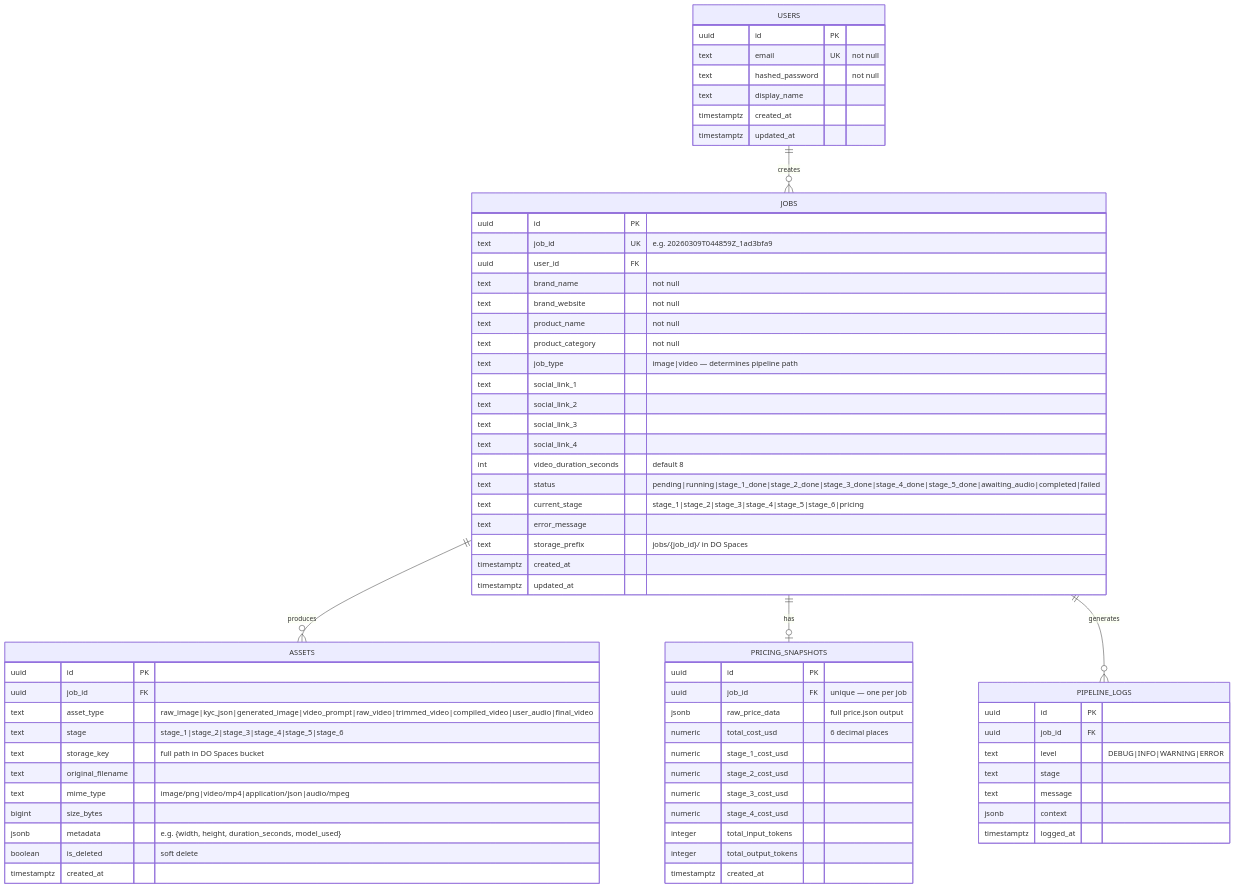
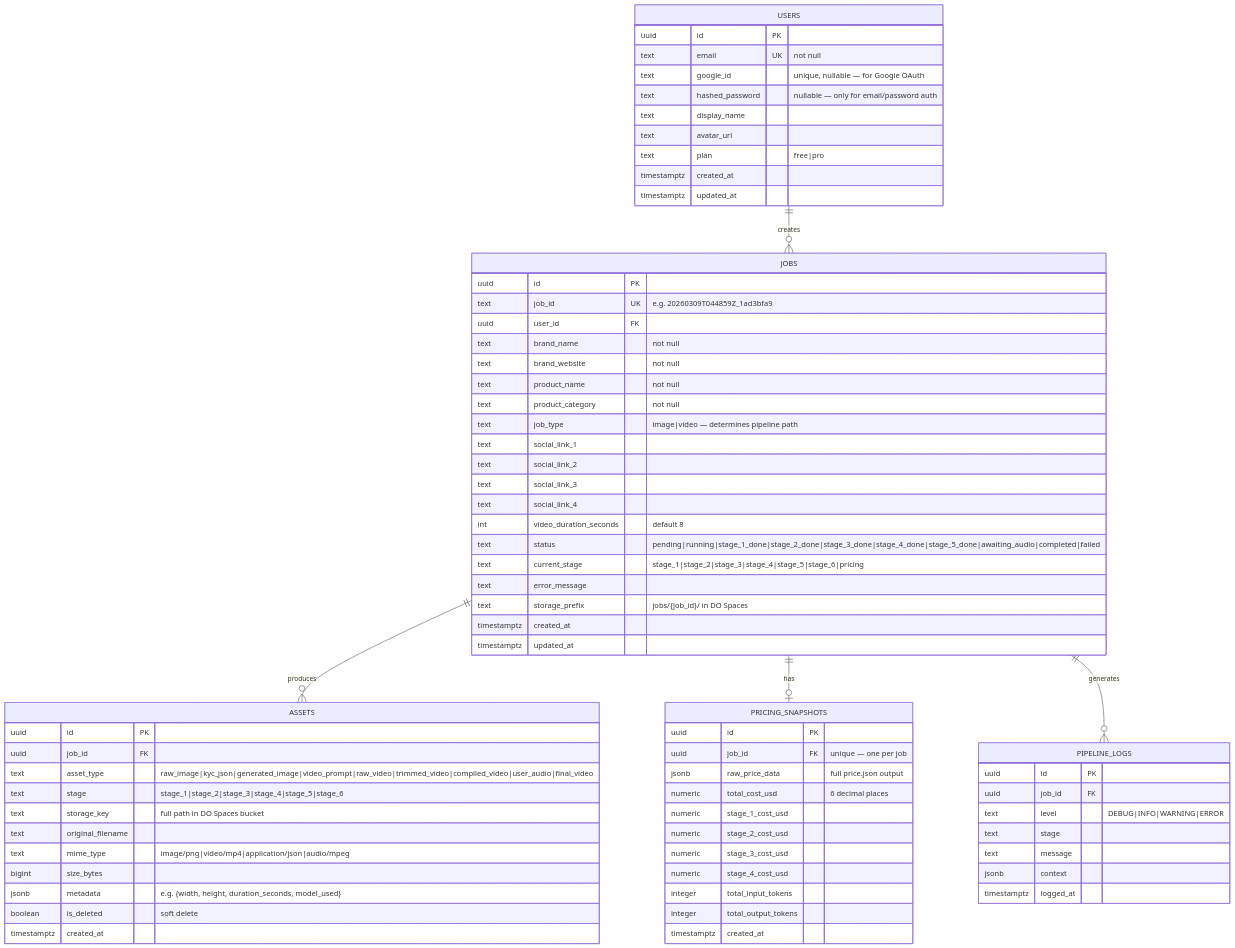
One commit to RohanConversely/ContentProV2 changed the diagram in backend/PLAN.md. Above: the diagram before and after it, drawn with Mermaid. The commit also changed other lines of this file, not shown here.

````diff
--- a/backend/PLAN.md
+++ b/backend/PLAN.md
@@ -102,76 +102,79 @@
 ```mermaid
 erDiagram
     USERS {
         uuid id PK
         text email UK "not null"
-        text hashed_password "not null"
+        text google_id "unique, nullable — for Google OAuth"
+        text hashed_password "nullable — only for email/password auth"
         text display_name
+        text avatar_url
+        text plan "free|pro"
         timestamptz created_at
         timestamptz updated_at
     }
 
     JOBS {
         uuid id PK
         text job_id UK "e.g. 20260309T044859Z_1ad3bfa9"
         uuid user_id FK
         text brand_name "not null"
         text brand_website "not null"
         text product_name "not null"
         text product_category "not null"
         text job_type "image|video — determines pipeline path"
         text social_link_1
         text social_link_2
         text social_link_3
         text social_link_4
         int  video_duration_seconds "default 8"
         text status "pending|running|stage_1_done|stage_2_done|stage_3_done|stage_4_done|stage_5_done|awaiting_audio|completed|failed"
         text current_stage "stage_1|stage_2|stage_3|stage_4|stage_5|stage_6|pricing"
         text error_message
         text storage_prefix "jobs/{job_id}/ in DO Spaces"
         timestamptz created_at
         timestamptz updated_at
     }
 
     ASSETS {
         uuid id PK
         uuid job_id FK
         text asset_type "raw_image|kyc_json|generated_image|video_prompt|raw_video|trimmed_video|compiled_video|user_audio|final_video"
         text stage "stage_1|stage_2|stage_3|stage_4|stage_5|stage_6"
         text storage_key "full path in DO Spaces bucket"
         text original_filename
         text mime_type "image/png|video/mp4|application/json|audio/mpeg"
         bigint size_bytes
         jsonb metadata "e.g. {width, height, duration_seconds, model_used}"
         boolean is_deleted "soft delete"
         timestamptz created_at
     }
 
     PRICING_SNAPSHOTS {
         uuid id PK
         uuid job_id FK "unique — one per job"
         jsonb raw_price_data "full price.json output"
         numeric total_cost_usd "6 decimal places"
         numeric stage_1_cost_usd
         numeric stage_2_cost_usd
         numeric stage_3_cost_usd
         numeric stage_4_cost_usd
         integer total_input_tokens
         integer total_output_tokens
         timestamptz created_at
     }
 
     PIPELINE_LOGS {
         uuid id PK
         uuid job_id FK
         text level "DEBUG|INFO|WARNING|ERROR"
         text stage
         text message
         jsonb context
         timestamptz logged_at
     }
 
     USERS ||--o{ JOBS : "creates"
     JOBS ||--o{ ASSETS : "produces"
     JOBS ||--o| PRICING_SNAPSHOTS : "has"
     JOBS ||--o{ PIPELINE_LOGS : "generates"
 ```
````
